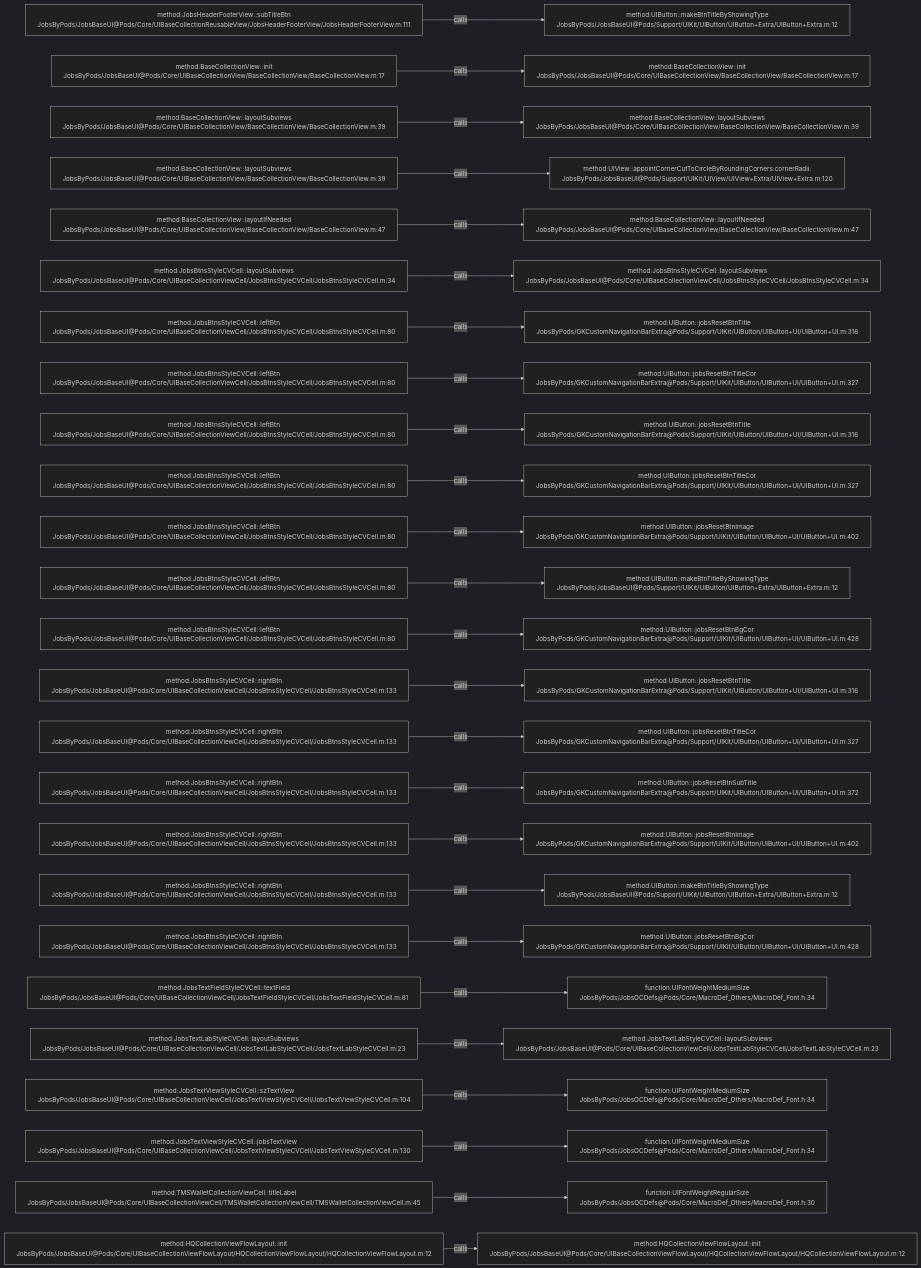
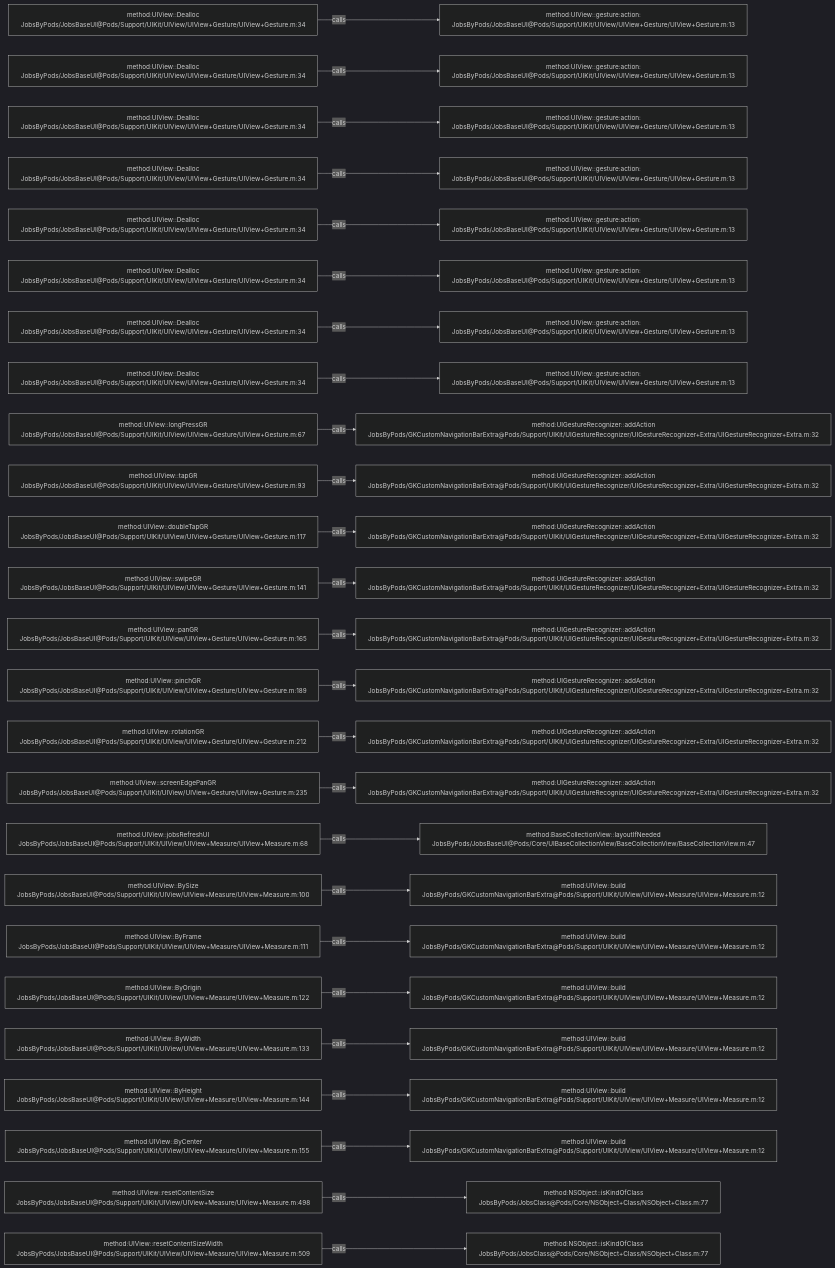
The diagram in .codegraph/codegraph.md/graphs/calls-027.md (JobsKits/JobsOCBaseConfigDemo), drawn with Mermaid (dark theme) before and after one commit. The commit also changed 573 other files, not shown here.

````diff
--- a/.codegraph/codegraph.md/graphs/calls-027.md
+++ b/.codegraph/codegraph.md/graphs/calls-027.md
@@ -13,78 +13,78 @@
 ```mermaid
 flowchart LR
-  S1["method:JobsHeaderFooterView::subTitleBtn<br/>JobsByPods/JobsBaseUI@Pods/Core/UIBaseCollectionReusableView/JobsHeaderFooterView/JobsHeaderFooterView.m:111"]
-  T1["method:UIButton::makeBtnTitleByShowingType<br/>JobsByPods/JobsBaseUI@Pods/Support/UIKit/UIButton/UIButton+Extra/UIButton+Extra.m:12"]
+  S1["method:UIView::Dealloc<br/>JobsByPods/JobsBaseUI@Pods/Support/UIKit/UIView/UIView+Gesture/UIView+Gesture.m:34"]
+  T1["method:UIView::gesture:action:<br/>JobsByPods/JobsBaseUI@Pods/Support/UIKit/UIView/UIView+Gesture/UIView+Gesture.m:13"]
   S1 -->|calls| T1
-  S2["method:BaseCollectionView::init<br/>JobsByPods/JobsBaseUI@Pods/Core/UIBaseCollectionView/BaseCollectionView/BaseCollectionView.m:17"]
-  T2["method:BaseCollectionView::init<br/>JobsByPods/JobsBaseUI@Pods/Core/UIBaseCollectionView/BaseCollectionView/BaseCollectionView.m:17"]
+  S2["method:UIView::Dealloc<br/>JobsByPods/JobsBaseUI@Pods/Support/UIKit/UIView/UIView+Gesture/UIView+Gesture.m:34"]
+  T2["method:UIView::gesture:action:<br/>JobsByPods/JobsBaseUI@Pods/Support/UIKit/UIView/UIView+Gesture/UIView+Gesture.m:13"]
   S2 -->|calls| T2
-  S3["method:BaseCollectionView::layoutSubviews<br/>JobsByPods/JobsBaseUI@Pods/Core/UIBaseCollectionView/BaseCollectionView/BaseCollectionView.m:39"]
-  T3["method:BaseCollectionView::layoutSubviews<br/>JobsByPods/JobsBaseUI@Pods/Core/UIBaseCollectionView/BaseCollectionView/BaseCollectionView.m:39"]
+  S3["method:UIView::Dealloc<br/>JobsByPods/JobsBaseUI@Pods/Support/UIKit/UIView/UIView+Gesture/UIView+Gesture.m:34"]
+  T3["method:UIView::gesture:action:<br/>JobsByPods/JobsBaseUI@Pods/Support/UIKit/UIView/UIView+Gesture/UIView+Gesture.m:13"]
   S3 -->|calls| T3
-  S4["method:BaseCollectionView::layoutSubviews<br/>JobsByPods/JobsBaseUI@Pods/Core/UIBaseCollectionView/BaseCollectionView/BaseCollectionView.m:39"]
-  T4["method:UIView::appointCornerCutToCircleByRoundingCorners:cornerRadii:<br/>JobsByPods/JobsBaseUI@Pods/Support/UIKit/UIView/UIView+Extra/UIView+Extra.m:120"]
+  S4["method:UIView::Dealloc<br/>JobsByPods/JobsBaseUI@Pods/Support/UIKit/UIView/UIView+Gesture/UIView+Gesture.m:34"]
+  T4["method:UIView::gesture:action:<br/>JobsByPods/JobsBaseUI@Pods/Support/UIKit/UIView/UIView+Gesture/UIView+Gesture.m:13"]
   S4 -->|calls| T4
-  S5["method:BaseCollectionView::layoutIfNeeded<br/>JobsByPods/JobsBaseUI@Pods/Core/UIBaseCollectionView/BaseCollectionView/BaseCollectionView.m:47"]
-  T5["method:BaseCollectionView::layoutIfNeeded<br/>JobsByPods/JobsBaseUI@Pods/Core/UIBaseCollectionView/BaseCollectionView/BaseCollectionView.m:47"]
+  S5["method:UIView::Dealloc<br/>JobsByPods/JobsBaseUI@Pods/Support/UIKit/UIView/UIView+Gesture/UIView+Gesture.m:34"]
+  T5["method:UIView::gesture:action:<br/>JobsByPods/JobsBaseUI@Pods/Support/UIKit/UIView/UIView+Gesture/UIView+Gesture.m:13"]
   S5 -->|calls| T5
-  S6["method:JobsBtnsStyleCVCell::layoutSubviews<br/>JobsByPods/JobsBaseUI@Pods/Core/UIBaseCollectionViewCell/JobsBtnsStyleCVCell/JobsBtnsStyleCVCell.m:34"]
-  T6["method:JobsBtnsStyleCVCell::layoutSubviews<br/>JobsByPods/JobsBaseUI@Pods/Core/UIBaseCollectionViewCell/JobsBtnsStyleCVCell/JobsBtnsStyleCVCell.m:34"]
+  S6["method:UIView::Dealloc<br/>JobsByPods/JobsBaseUI@Pods/Support/UIKit/UIView/UIView+Gesture/UIView+Gesture.m:34"]
+  T6["method:UIView::gesture:action:<br/>JobsByPods/JobsBaseUI@Pods/Support/UIKit/UIView/UIView+Gesture/UIView+Gesture.m:13"]
   S6 -->|calls| T6
-  S7["method:JobsBtnsStyleCVCell::leftBtn<br/>JobsByPods/JobsBaseUI@Pods/Core/UIBaseCollectionViewCell/JobsBtnsStyleCVCell/JobsBtnsStyleCVCell.m:80"]
-  T7["method:UIButton::jobsResetBtnTitle<br/>JobsByPods/GKCustomNavigationBarExtra@Pods/Support/UIKit/UIButton/UIButton+UI/UIButton+UI.m:316"]
+  S7["method:UIView::Dealloc<br/>JobsByPods/JobsBaseUI@Pods/Support/UIKit/UIView/UIView+Gesture/UIView+Gesture.m:34"]
+  T7["method:UIView::gesture:action:<br/>JobsByPods/JobsBaseUI@Pods/Support/UIKit/UIView/UIView+Gesture/UIView+Gesture.m:13"]
   S7 -->|calls| T7
-  S8["method:JobsBtnsStyleCVCell::leftBtn<br/>JobsByPods/JobsBaseUI@Pods/Core/UIBaseCollectionViewCell/JobsBtnsStyleCVCell/JobsBtnsStyleCVCell.m:80"]
-  T8["method:UIButton::jobsResetBtnTitleCor<br/>JobsByPods/GKCustomNavigationBarExtra@Pods/Support/UIKit/UIButton/UIButton+UI/UIButton+UI.m:327"]
+  S8["method:UIView::Dealloc<br/>JobsByPods/JobsBaseUI@Pods/Support/UIKit/UIView/UIView+Gesture/UIView+Gesture.m:34"]
+  T8["method:UIView::gesture:action:<br/>JobsByPods/JobsBaseUI@Pods/Support/UIKit/UIView/UIView+Gesture/UIView+Gesture.m:13"]
   S8 -->|calls| T8
-  S9["method:JobsBtnsStyleCVCell::leftBtn<br/>JobsByPods/JobsBaseUI@Pods/Core/UIBaseCollectionViewCell/JobsBtnsStyleCVCell/JobsBtnsStyleCVCell.m:80"]
-  T9["method:UIButton::jobsResetBtnTitle<br/>JobsByPods/GKCustomNavigationBarExtra@Pods/Support/UIKit/UIButton/UIButton+UI/UIButton+UI.m:316"]
+  S9["method:UIView::longPressGR<br/>JobsByPods/JobsBaseUI@Pods/Support/UIKit/UIView/UIView+Gesture/UIView+Gesture.m:67"]
+  T9["method:UIGestureRecognizer::addAction<br/>JobsByPods/GKCustomNavigationBarExtra@Pods/Support/UIKit/UIGestureRecognizer/UIGestureRecognizer+Extra/UIGestureRecognizer+Extra.m:32"]
   S9 -->|calls| T9
-  S10["method:JobsBtnsStyleCVCell::leftBtn<br/>JobsByPods/JobsBaseUI@Pods/Core/UIBaseCollectionViewCell/JobsBtnsStyleCVCell/JobsBtnsStyleCVCell.m:80"]
-  T10["method:UIButton::jobsResetBtnTitleCor<br/>JobsByPods/GKCustomNavigationBarExtra@Pods/Support/UIKit/UIButton/UIButton+UI/UIButton+UI.m:327"]
+  S10["method:UIView::tapGR<br/>JobsByPods/JobsBaseUI@Pods/Support/UIKit/UIView/UIView+Gesture/UIView+Gesture.m:93"]
+  T10["method:UIGestureRecognizer::addAction<br/>JobsByPods/GKCustomNavigationBarExtra@Pods/Support/UIKit/UIGestureRecognizer/UIGestureRecognizer+Extra/UIGestureRecognizer+Extra.m:32"]
   S10 -->|calls| T10
-  S11["method:JobsBtnsStyleCVCell::leftBtn<br/>JobsByPods/JobsBaseUI@Pods/Core/UIBaseCollectionViewCell/JobsBtnsStyleCVCell/JobsBtnsStyleCVCell.m:80"]
-  T11["method:UIButton::jobsResetBtnImage<br/>JobsByPods/GKCustomNavigationBarExtra@Pods/Support/UIKit/UIButton/UIButton+UI/UIButton+UI.m:402"]
+  S11["method:UIView::doubleTapGR<br/>JobsByPods/JobsBaseUI@Pods/Support/UIKit/UIView/UIView+Gesture/UIView+Gesture.m:117"]
+  T11["method:UIGestureRecognizer::addAction<br/>JobsByPods/GKCustomNavigationBarExtra@Pods/Support/UIKit/UIGestureRecognizer/UIGestureRecognizer+Extra/UIGestureRecognizer+Extra.m:32"]
   S11 -->|calls| T11
-  S12["method:JobsBtnsStyleCVCell::leftBtn<br/>JobsByPods/JobsBaseUI@Pods/Core/UIBaseCollectionViewCell/JobsBtnsStyleCVCell/JobsBtnsStyleCVCell.m:80"]
-  T12["method:UIButton::makeBtnTitleByShowingType<br/>JobsByPods/JobsBaseUI@Pods/Support/UIKit/UIButton/UIButton+Extra/UIButton+Extra.m:12"]
+  S12["method:UIView::swipeGR<br/>JobsByPods/JobsBaseUI@Pods/Support/UIKit/UIView/UIView+Gesture/UIView+Gesture.m:141"]
+  T12["method:UIGestureRecognizer::addAction<br/>JobsByPods/GKCustomNavigationBarExtra@Pods/Support/UIKit/UIGestureRecognizer/UIGestureRecognizer+Extra/UIGestureRecognizer+Extra.m:32"]
   S12 -->|calls| T12
-  S13["method:JobsBtnsStyleCVCell::leftBtn<br/>JobsByPods/JobsBaseUI@Pods/Core/UIBaseCollectionViewCell/JobsBtnsStyleCVCell/JobsBtnsStyleCVCell.m:80"]
-  T13["method:UIButton::jobsResetBtnBgCor<br/>JobsByPods/GKCustomNavigationBarExtra@Pods/Support/UIKit/UIButton/UIButton+UI/UIButton+UI.m:428"]
+  S13["method:UIView::panGR<br/>JobsByPods/JobsBaseUI@Pods/Support/UIKit/UIView/UIView+Gesture/UIView+Gesture.m:165"]
+  T13["method:UIGestureRecognizer::addAction<br/>JobsByPods/GKCustomNavigationBarExtra@Pods/Support/UIKit/UIGestureRecognizer/UIGestureRecognizer+Extra/UIGestureRecognizer+Extra.m:32"]
   S13 -->|calls| T13
-  S14["method:JobsBtnsStyleCVCell::rightBtn<br/>JobsByPods/JobsBaseUI@Pods/Core/UIBaseCollectionViewCell/JobsBtnsStyleCVCell/JobsBtnsStyleCVCell.m:133"]
-  T14["method:UIButton::jobsResetBtnTitle<br/>JobsByPods/GKCustomNavigationBarExtra@Pods/Support/UIKit/UIButton/UIButton+UI/UIButton+UI.m:316"]
+  S14["method:UIView::pinchGR<br/>JobsByPods/JobsBaseUI@Pods/Support/UIKit/UIView/UIView+Gesture/UIView+Gesture.m:189"]
+  T14["method:UIGestureRecognizer::addAction<br/>JobsByPods/GKCustomNavigationBarExtra@Pods/Support/UIKit/UIGestureRecognizer/UIGestureRecognizer+Extra/UIGestureRecognizer+Extra.m:32"]
   S14 -->|calls| T14
-  S15["method:JobsBtnsStyleCVCell::rightBtn<br/>JobsByPods/JobsBaseUI@Pods/Core/UIBaseCollectionViewCell/JobsBtnsStyleCVCell/JobsBtnsStyleCVCell.m:133"]
-  T15["method:UIButton::jobsResetBtnTitleCor<br/>JobsByPods/GKCustomNavigationBarExtra@Pods/Support/UIKit/UIButton/UIButton+UI/UIButton+UI.m:327"]
+  S15["method:UIView::rotationGR<br/>JobsByPods/JobsBaseUI@Pods/Support/UIKit/UIView/UIView+Gesture/UIView+Gesture.m:212"]
+  T15["method:UIGestureRecognizer::addAction<br/>JobsByPods/GKCustomNavigationBarExtra@Pods/Support/UIKit/UIGestureRecognizer/UIGestureRecognizer+Extra/UIGestureRecognizer+Extra.m:32"]
   S15 -->|calls| T15
-  S16["method:JobsBtnsStyleCVCell::rightBtn<br/>JobsByPods/JobsBaseUI@Pods/Core/UIBaseCollectionViewCell/JobsBtnsStyleCVCell/JobsBtnsStyleCVCell.m:133"]
-  T16["method:UIButton::jobsResetBtnSubTitle<br/>JobsByPods/GKCustomNavigationBarExtra@Pods/Support/UIKit/UIButton/UIButton+UI/UIButton+UI.m:372"]
+  S16["method:UIView::screenEdgePanGR<br/>JobsByPods/JobsBaseUI@Pods/Support/UIKit/UIView/UIView+Gesture/UIView+Gesture.m:235"]
+  T16["method:UIGestureRecognizer::addAction<br/>JobsByPods/GKCustomNavigationBarExtra@Pods/Support/UIKit/UIGestureRecognizer/UIGestureRecognizer+Extra/UIGestureRecognizer+Extra.m:32"]
   S16 -->|calls| T16
-  S17["method:JobsBtnsStyleCVCell::rightBtn<br/>JobsByPods/JobsBaseUI@Pods/Core/UIBaseCollectionViewCell/JobsBtnsStyleCVCell/JobsBtnsStyleCVCell.m:133"]
-  T17["method:UIButton::jobsResetBtnImage<br/>JobsByPods/GKCustomNavigationBarExtra@Pods/Support/UIKit/UIButton/UIButton+UI/UIButton+UI.m:402"]
+  S17["method:UIView::jobsRefreshUI<br/>JobsByPods/JobsBaseUI@Pods/Support/UIKit/UIView/UIView+Measure/UIView+Measure.m:68"]
+  T17["method:BaseCollectionView::layoutIfNeeded<br/>JobsByPods/JobsBaseUI@Pods/Core/UIBaseCollectionView/BaseCollectionView/BaseCollectionView.m:47"]
   S17 -->|calls| T17
-  S18["method:JobsBtnsStyleCVCell::rightBtn<br/>JobsByPods/JobsBaseUI@Pods/Core/UIBaseCollectionViewCell/JobsBtnsStyleCVCell/JobsBtnsStyleCVCell.m:133"]
-  T18["method:UIButton::makeBtnTitleByShowingType<br/>JobsByPods/JobsBaseUI@Pods/Support/UIKit/UIButton/UIButton+Extra/UIButton+Extra.m:12"]
+  S18["method:UIView::BySize<br/>JobsByPods/JobsBaseUI@Pods/Support/UIKit/UIView/UIView+Measure/UIView+Measure.m:100"]
+  T18["method:UIView::build<br/>JobsByPods/GKCustomNavigationBarExtra@Pods/Support/UIKit/UIView/UIView+Measure/UIView+Measure.m:12"]
   S18 -->|calls| T18
-  S19["method:JobsBtnsStyleCVCell::rightBtn<br/>JobsByPods/JobsBaseUI@Pods/Core/UIBaseCollectionViewCell/JobsBtnsStyleCVCell/JobsBtnsStyleCVCell.m:133"]
-  T19["method:UIButton::jobsResetBtnBgCor<br/>JobsByPods/GKCustomNavigationBarExtra@Pods/Support/UIKit/UIButton/UIButton+UI/UIButton+UI.m:428"]
+  S19["method:UIView::ByFrame<br/>JobsByPods/JobsBaseUI@Pods/Support/UIKit/UIView/UIView+Measure/UIView+Measure.m:111"]
+  T19["method:UIView::build<br/>JobsByPods/GKCustomNavigationBarExtra@Pods/Support/UIKit/UIView/UIView+Measure/UIView+Measure.m:12"]
   S19 -->|calls| T19
-  S20["method:JobsTextFieldStyleCVCell::textField<br/>JobsByPods/JobsBaseUI@Pods/Core/UIBaseCollectionViewCell/JobsTextFieldStyleCVCell/JobsTextFieldStyleCVCell.m:81"]
-  T20["function:UIFontWeightMediumSize<br/>JobsByPods/JobsOCDefs@Pods/Core/MacroDef_Others/MacroDef_Font.h:34"]
+  S20["method:UIView::ByOrigin<br/>JobsByPods/JobsBaseUI@Pods/Support/UIKit/UIView/UIView+Measure/UIView+Measure.m:122"]
+  T20["method:UIView::build<br/>JobsByPods/GKCustomNavigationBarExtra@Pods/Support/UIKit/UIView/UIView+Measure/UIView+Measure.m:12"]
   S20 -->|calls| T20
-  S21["method:JobsTextLabStyleCVCell::layoutSubviews<br/>JobsByPods/JobsBaseUI@Pods/Core/UIBaseCollectionViewCell/JobsTextLabStyleCVCell/JobsTextLabStyleCVCell.m:23"]
-  T21["method:JobsTextLabStyleCVCell::layoutSubviews<br/>JobsByPods/JobsBaseUI@Pods/Core/UIBaseCollectionViewCell/JobsTextLabStyleCVCell/JobsTextLabStyleCVCell.m:23"]
+  S21["method:UIView::ByWidth<br/>JobsByPods/JobsBaseUI@Pods/Support/UIKit/UIView/UIView+Measure/UIView+Measure.m:133"]
+  T21["method:UIView::build<br/>JobsByPods/GKCustomNavigationBarExtra@Pods/Support/UIKit/UIView/UIView+Measure/UIView+Measure.m:12"]
   S21 -->|calls| T21
-  S22["method:JobsTextViewStyleCVCell::szTextView<br/>JobsByPods/JobsBaseUI@Pods/Core/UIBaseCollectionViewCell/JobsTextViewStyleCVCell/JobsTextViewStyleCVCell.m:104"]
-  T22["function:UIFontWeightMediumSize<br/>JobsByPods/JobsOCDefs@Pods/Core/MacroDef_Others/MacroDef_Font.h:34"]
+  S22["method:UIView::ByHeight<br/>JobsByPods/JobsBaseUI@Pods/Support/UIKit/UIView/UIView+Measure/UIView+Measure.m:144"]
+  T22["method:UIView::build<br/>JobsByPods/GKCustomNavigationBarExtra@Pods/Support/UIKit/UIView/UIView+Measure/UIView+Measure.m:12"]
   S22 -->|calls| T22
-  S23["method:JobsTextViewStyleCVCell::jobsTextView<br/>JobsByPods/JobsBaseUI@Pods/Core/UIBaseCollectionViewCell/JobsTextViewStyleCVCell/JobsTextViewStyleCVCell.m:130"]
-  T23["function:UIFontWeightMediumSize<br/>JobsByPods/JobsOCDefs@Pods/Core/MacroDef_Others/MacroDef_Font.h:34"]
+  S23["method:UIView::ByCenter<br/>JobsByPods/JobsBaseUI@Pods/Support/UIKit/UIView/UIView+Measure/UIView+Measure.m:155"]
+  T23["method:UIView::build<br/>JobsByPods/GKCustomNavigationBarExtra@Pods/Support/UIKit/UIView/UIView+Measure/UIView+Measure.m:12"]
   S23 -->|calls| T23
-  S24["method:TMSWalletCollectionViewCell::titleLabel<br/>JobsByPods/JobsBaseUI@Pods/Core/UIBaseCollectionViewCell/TMSWalletCollectionViewCell/TMSWalletCollectionViewCell.m:45"]
-  T24["function:UIFontWeightRegularSize<br/>JobsByPods/JobsOCDefs@Pods/Core/MacroDef_Others/MacroDef_Font.h:30"]
+  S24["method:UIView::resetContentSize<br/>JobsByPods/JobsBaseUI@Pods/Support/UIKit/UIView/UIView+Measure/UIView+Measure.m:498"]
+  T24["method:NSObject::isKindOfClass<br/>JobsByPods/JobsClass@Pods/Core/NSObject+Class/NSObject+Class.m:77"]
   S24 -->|calls| T24
-  S25["method:HQCollectionViewFlowLayout::init<br/>JobsByPods/JobsBaseUI@Pods/Core/UIBaseCollectionViewFlowLayout/HQCollectionViewFlowLayout/HQCollectionViewFlowLayout.m:12"]
-  T25["method:HQCollectionViewFlowLayout::init<br/>JobsByPods/JobsBaseUI@Pods/Core/UIBaseCollectionViewFlowLayout/HQCollectionViewFlowLayout/HQCollectionViewFlowLayout.m:12"]
+  S25["method:UIView::resetContentSizeWidth<br/>JobsByPods/JobsBaseUI@Pods/Support/UIKit/UIView/UIView+Measure/UIView+Measure.m:509"]
+  T25["method:NSObject::isKindOfClass<br/>JobsByPods/JobsClass@Pods/Core/NSObject+Class/NSObject+Class.m:77"]
   S25 -->|calls| T25
 ```
````
